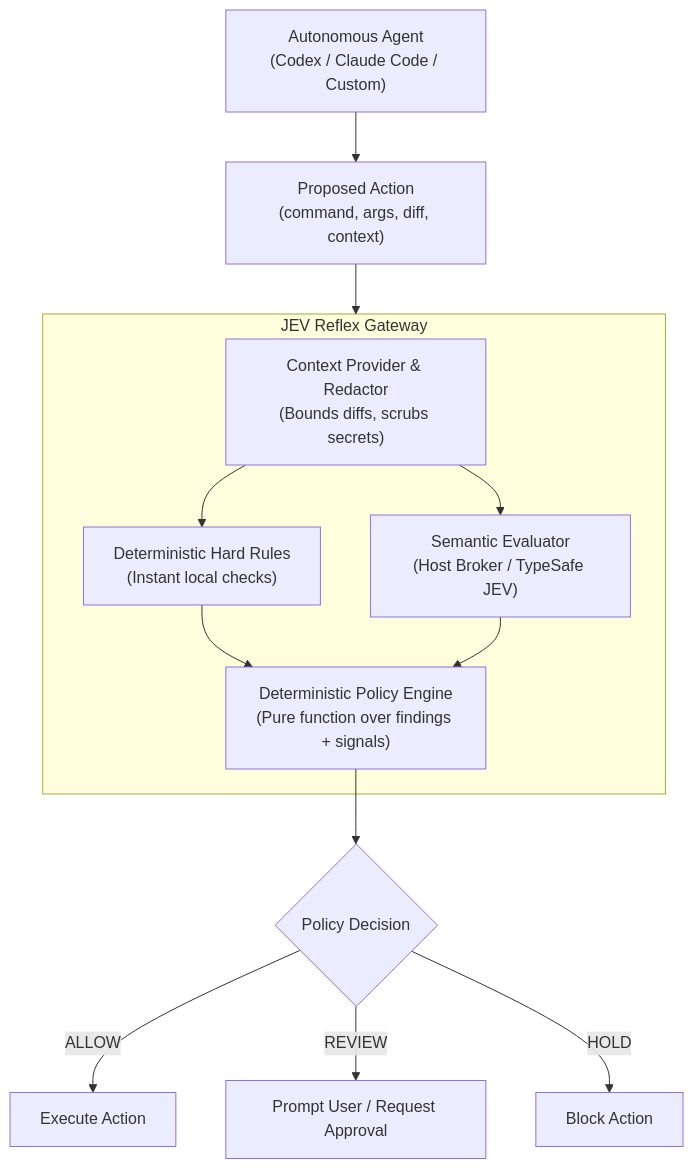
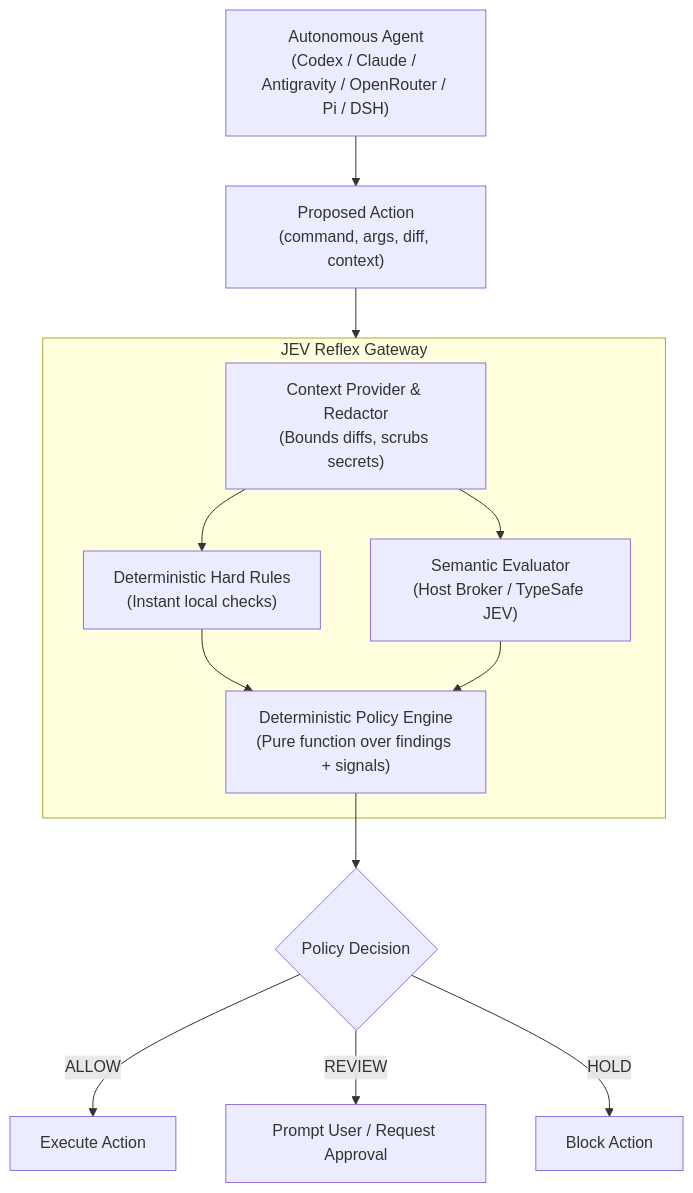
The diagram in README.md (Madhumasa84/jrx), drawn with Mermaid before and after one commit. The commit also changed other lines of this file and 15 other files, not shown here.

Commit message:
feat: add native adapters for Antigravity, OpenRouter, Pi, and DeepSeek Harness

````diff
--- a/README.md
+++ b/README.md
@@ -24,22 +26,22 @@
 ```mermaid
 flowchart TD
-    A["Autonomous Agent<br/>(Codex / Claude Code / Custom)"] --> B["Proposed Action<br/>(command, args, diff, context)"]
+    A["Autonomous Agent<br/>(Codex / Claude / Antigravity / OpenRouter / Pi / DSH)"] --> B["Proposed Action<br/>(command, args, diff, context)"]
     B --> C["JEV Reflex Gateway"]
     
     subgraph C ["JEV Reflex Gateway"]
         D["Context Provider & Redactor<br/>(Bounds diffs, scrubs secrets)"]
         E["Deterministic Hard Rules<br/>(Instant local checks)"]
         F["Semantic Evaluator<br/>(Host Broker / TypeSafe JEV)"]
         G["Deterministic Policy Engine<br/>(Pure function over findings + signals)"]
         
         D --> E
         D --> F
         E --> G
         F --> G
     end
 
     G --> H{"Policy Decision"}
     H -->|ALLOW| I["Execute Action"]
     H -->|REVIEW| J["Prompt User / Request Approval"]
     H -->|HOLD| K["Block Action"]
 ```
````
